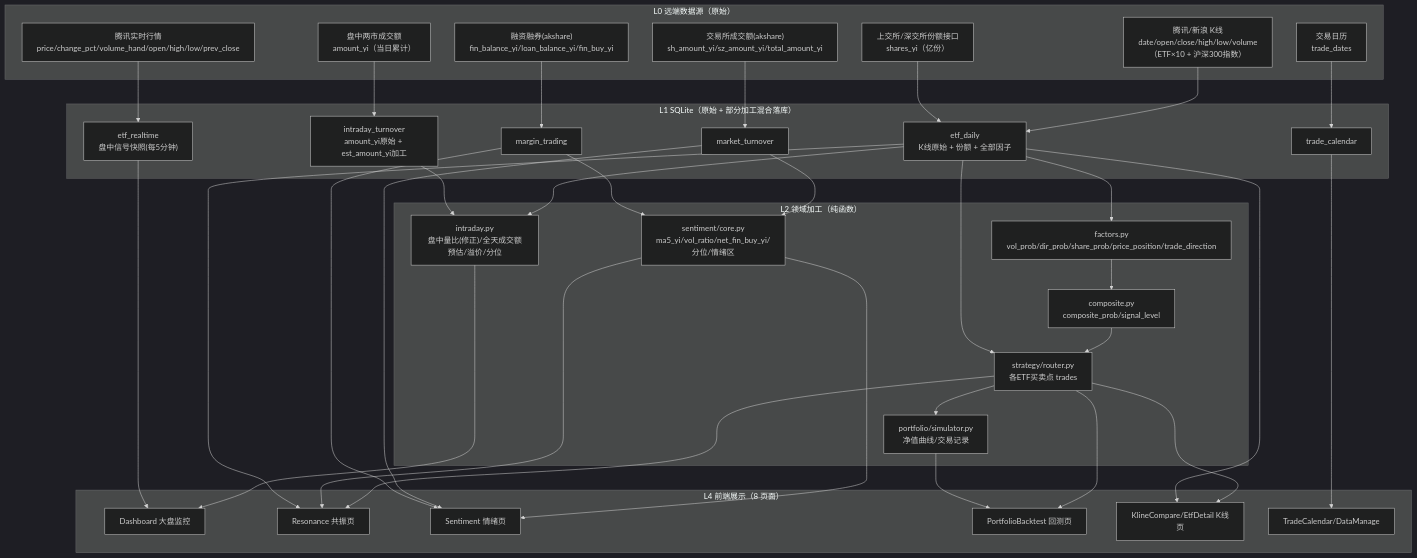
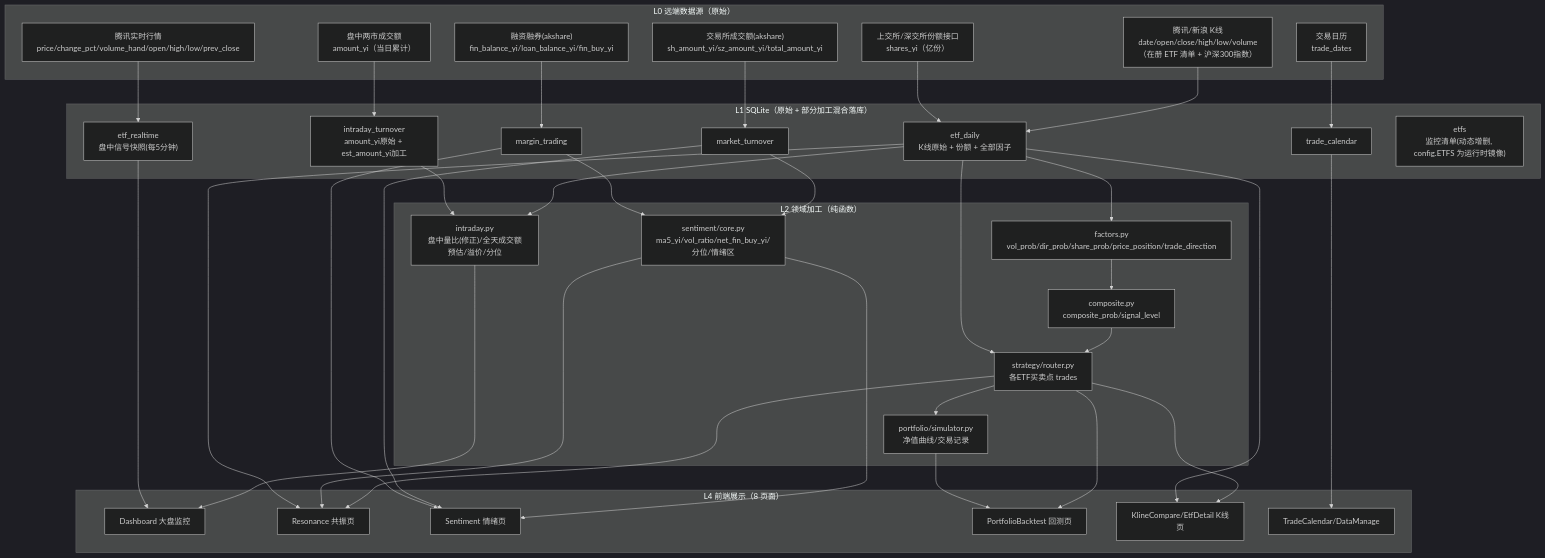
One commit to OrangesHuang/Resonance changed the diagram in docs/data_lineage.md. Above: the diagram before and after it, drawn with Mermaid (dark theme). The commit also changed 51 other files, not shown here.

First line of the commit message:
feat(etf,supply): 动态 ETF 管理 + 一级退出监测 + 共振图表演进

````diff
--- a/docs/data_lineage.md
+++ b/docs/data_lineage.md
@@ -12,68 +12,69 @@
 ```mermaid
 flowchart TB
     subgraph L0["L0 远端数据源（原始）"]
-        A1["腾讯/新浪 K线<br/>date/open/close/high/low/volume<br/>（ETF×10 + 沪深300指数）"]
+        A1["腾讯/新浪 K线<br/>date/open/close/high/low/volume<br/>（在册 ETF 清单 + 沪深300指数）"]
         A2["上交所/深交所份额接口<br/>shares_yi（亿份）"]
         A3["交易所成交额(akshare)<br/>sh_amount_yi/sz_amount_yi/total_amount_yi"]
         A4["融资融券(akshare)<br/>fin_balance_yi/loan_balance_yi/fin_buy_yi"]
         A5["交易日历<br/>trade_dates"]
         A6["腾讯实时行情<br/>price/change_pct/volume_hand/open/high/low/prev_close"]
         A7["盘中两市成交额<br/>amount_yi（当日累计）"]
     end
 
     subgraph L1["L1 SQLite（原始 + 部分加工混合落库）"]
         B1["etf_daily<br/>K线原始 + 份额 + 全部因子"]
         B2["etf_realtime<br/>盘中信号快照(每5分钟)"]
         B3["market_turnover"]
         B4["margin_trading"]
         B5["trade_calendar"]
         B6["intraday_turnover<br/>amount_yi原始 + est_amount_yi加工"]
+        B7["etfs<br/>监控清单(动态增删, config.ETFS 为运行时镜像)"]
     end
 
     subgraph L2["L2 领域加工（纯函数）"]
         C1["factors.py<br/>vol_prob/dir_prob/share_prob/price_position/trade_direction"]
         C2["composite.py<br/>composite_prob/signal_level"]
         C3["sentiment/core.py<br/>ma5_yi/vol_ratio/net_fin_buy_yi/分位/情绪区"]
         C4["intraday.py<br/>盘中量比(修正)/全天成交额预估/溢价/分位"]
         C5["strategy/router.py<br/>各ETF买卖点 trades"]
         C7["portfolio/simulator.py<br/>净值曲线/交易记录"]
     end
 
     subgraph L4["L4 前端展示（8 页面）"]
         D1["Dashboard 大盘监控"]
         D2["Resonance 共振页"]
         D3["Sentiment 情绪页"]
         D5["PortfolioBacktest 回测页"]
         D6["KlineCompare/EtfDetail K线页"]
         D7["TradeCalendar/DataManage"]
     end
 
     A1 --> B1
     A2 --> B1
     A3 --> B3
     A4 --> B4
     A5 --> B5
     A6 --> B2
     A7 --> B6
     B1 --> C1 --> C2
     B3 --> C3
     B4 --> C3
     B1 --> C4
     B6 --> C4
     C2 --> C5
     C5 --> C7
     B1 --> C5
     C5 --> D2
     C5 --> D5
     C5 --> D6
     C7 --> D5
     C3 --> D3
     C3 --> D2
     C4 --> D1
     B2 --> D1
     B1 --> D2
     B1 --> D6
     B5 --> D7
     B3 --> D3
     B4 --> D3
 ```
````
